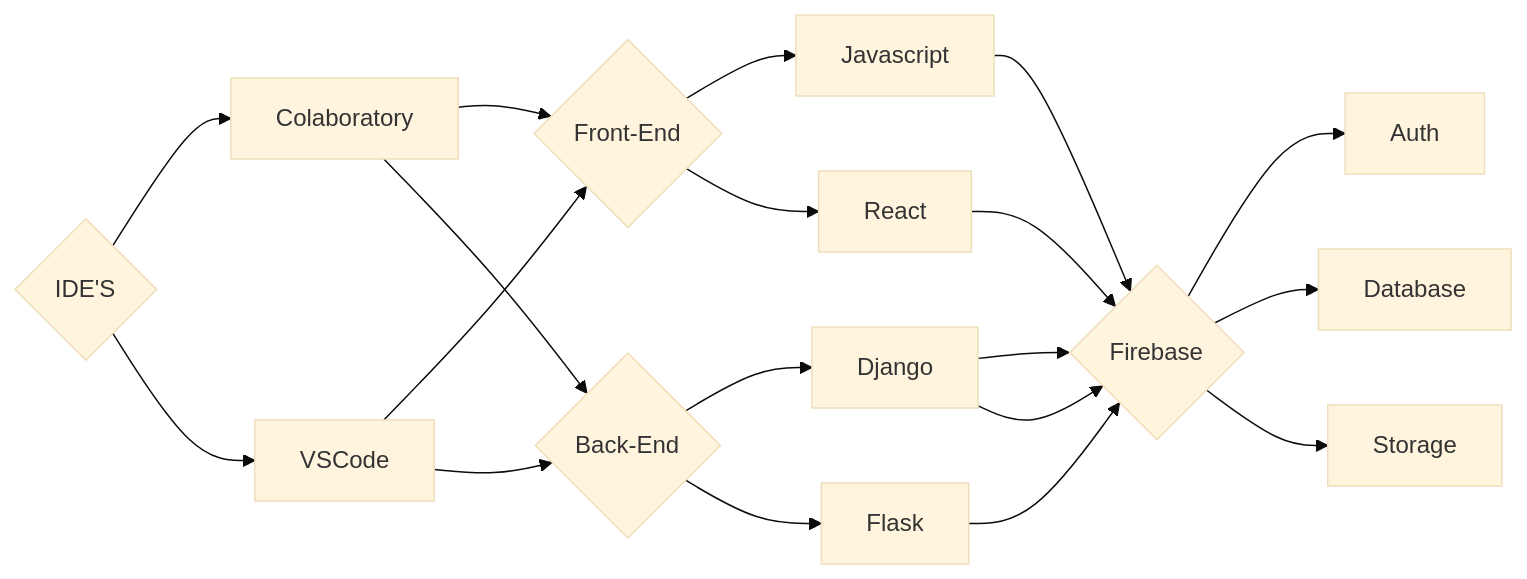
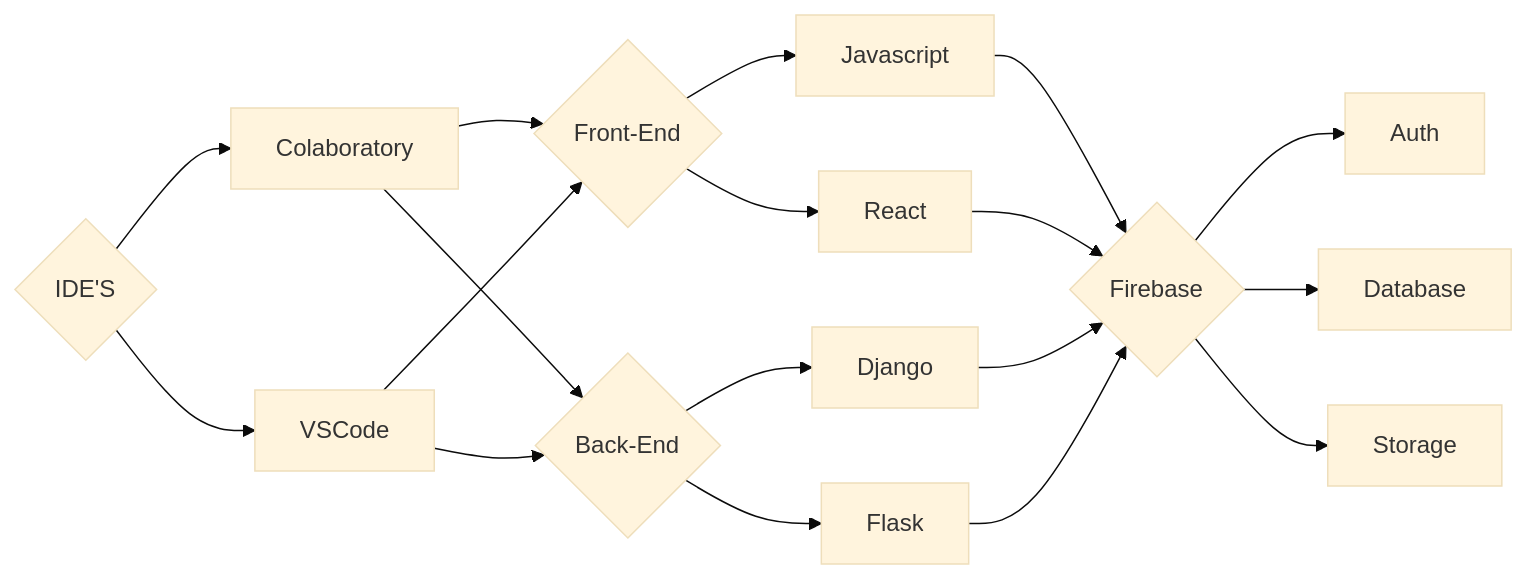
Before and after one commit to SauloCandeira/SauloCandeira: the first of 2 diagrams in README.md, drawn with Mermaid (base theme).

````diff
--- a/README.md
+++ b/README.md
@@ -60,24 +60,22 @@
 ```mermaid
 flowchart LR
 
 K[Colaboratory] --> A{Front-End} 
 K --> B{Back-End}
 L[VSCode] --> A{Front-End} 
 L --> B{Back-End}
-
-G[Django] --> C{Firebase}
 
 Z{IDE'S} --> K[Colaboratory]
 Z  --> L
 
 A{Front-End} --> I[Javascript] --> C{Firebase}
 A{Front-End} --> J[React] --> C{Firebase}
 
 B{Back-End} --> G[Django] --> C{Firebase}
 B{Back-End} --> H[Flask] --> C{Firebase}
 
 
 C --> D[Auth]
 C --> E[Database]
 C --> F[Storage]
 ```
````
